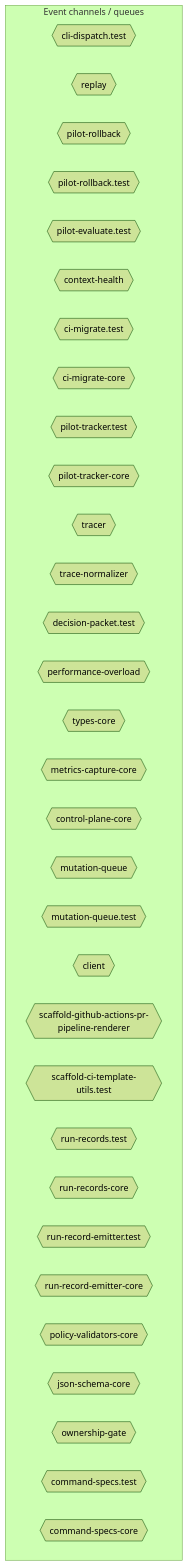
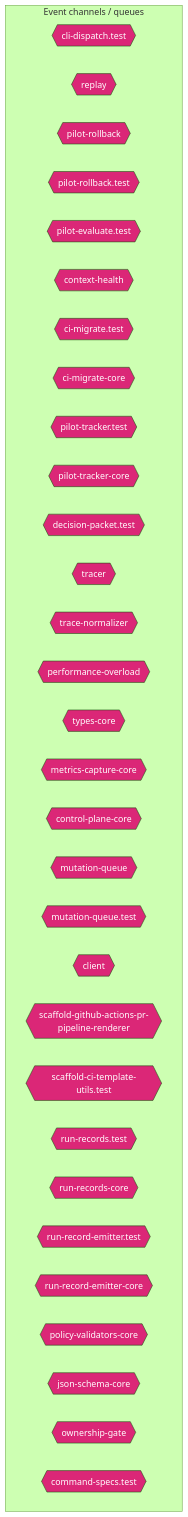
Before and after one commit to jscraik/coding-harness: the ninth of 14 diagrams in AI/context/diagram-context.md, drawn with Mermaid (forest theme). The commit also changed other lines of this file and 114 other files, not shown here.

````diff
--- a/AI/context/diagram-context.md
+++ b/AI/context/diagram-context.md
@@ -2403,38 +1529,38 @@
 ```mermaid
 flowchart TD
   subgraph Channels["Event channels / queues"]
     cli_dispatch_test_54c9f17b{{"cli-dispatch.test"}}
     replay_ac203c98{{"replay"}}
     pilot_rollback_00c1f82c{{"pilot-rollback"}}
     pilot_rollback_test_e61d5a2b{{"pilot-rollback.test"}}
     pilot_evaluate_test_a2ac06fc{{"pilot-evaluate.test"}}
     context_health_80bb7da9{{"context-health"}}
     ci_migrate_test_2a015bb9{{"ci-migrate.test"}}
     ci_migrate_core_7005b5af{{"ci-migrate-core"}}
     pilot_tracker_test_80398a66{{"pilot-tracker.test"}}
     pilot_tracker_core_80d8ac96{{"pilot-tracker-core"}}
+    decision_packet_test_9ea0e97b{{"decision-packet.test"}}
     tracer_1e6243a2{{"tracer"}}
     trace_normalizer_cb1be1d2{{"trace-normalizer"}}
-    decision_packet_test_9ea0e97b{{"decision-packet.test"}}
     performance_overload_c685bfcf{{"performance-overload"}}
     types_core_e405ddca{{"types-core"}}
     metrics_capture_core_db4bf7cf{{"metrics-capture-core"}}
     control_plane_core_db3b4cb2{{"control-plane-core"}}
     mutation_queue_ce5a530e{{"mutation-queue"}}
     mutation_queue_test_10b599e8{{"mutation-queue.test"}}
     client_1_914e1681{{"client"}}
     scaffold_github_actions_pr_pipeline_renderer_1ee18de5{{"scaffold-github-actions-pr-pipeline-renderer"}}
     scaffold_ci_template_utils_test_b94825d9{{"scaffold-ci-template-utils.test"}}
     run_records_test_3ee6a0e3{{"run-records.test"}}
     run_records_core_89286dfa{{"run-records-core"}}
     run_record_emitter_test_5475c0da{{"run-record-emitter.test"}}
     run_record_emitter_core_688049d5{{"run-record-emitter-core"}}
     policy_validators_core_714a3fe7{{"policy-validators-core"}}
     json_schema_core_96d7e328{{"json-schema-core"}}
     ownership_gate_2e194d13{{"ownership-gate"}}
     command_specs_test_7f693e85{{"command-specs.test"}}
-    command_specs_core_1c0ffc99{{"command-specs-core"}}
   end
   classDef eventNode fill:#db2777,color:#fff
+  class cli_dispatch_test_54c9f17b,replay_ac203c98,pilot_rollback_00c1f82c,pilot_rollback_test_e61d5a2b,pilot_evaluate_test_a2ac06fc,context_health_80bb7da9,ci_migrate_test_2a015bb9,ci_migrate_core_7005b5af,pilot_tracker_test_80398a66,pilot_tracker_core_80d8ac96,decision_packet_test_9ea0e97b,tracer_1e6243a2,trace_normalizer_cb1be1d2,performance_overload_c685bfcf,types_core_e405ddca,metrics_capture_core_db4bf7cf,control_plane_core_db3b4cb2,mutation_queue_ce5a530e,mutation_queue_test_10b599e8,client_1_914e1681,scaffold_github_actions_pr_pipeline_renderer_1ee18de5,scaffold_ci_template_utils_test_b94825d9,run_records_test_3ee6a0e3,run_records_core_89286dfa,run_record_emitter_test_5475c0da,run_record_emitter_core_688049d5,policy_validators_core_714a3fe7,json_schema_core_96d7e328,ownership_gate_2e194d13,command_specs_test_7f693e85 eventNode
 
 ```
````
